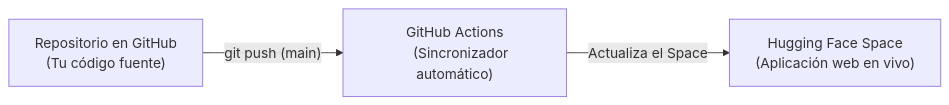
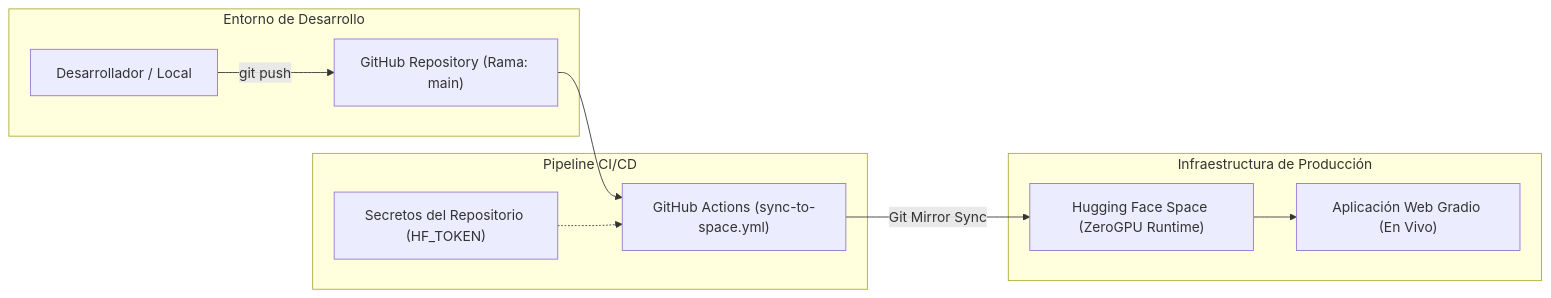
One commit to Klopezxd/transcriptor-suite changed the second of 2 diagrams in README.es.md. Above: the diagram before and after it, drawn with Mermaid. The commit also changed other lines of this file and 1 other file, not shown here.

Commit message:
docs: elevate architecture diagrams to layered enterprise system design

````diff
--- a/README.es.md
+++ b/README.es.md
@@ -134,7 +148,22 @@
 ```mermaid
 flowchart LR
-    A["Repositorio en GitHub
-    (Tu código fuente)"] -->|"git push (main)"| B["GitHub Actions
-    (Sincronizador automático)"] -->|"Actualiza el Space"| C["Hugging Face Space
-    (Aplicación web en vivo)"]
+    subgraph Development ["Entorno de Desarrollo"]
+        Dev["Desarrollador / Local"]
+        Repo["GitHub Repository (Rama: main)"]
+        Dev -->|"git push"| Repo
+    end
+
+    subgraph Automation ["Pipeline CI/CD"]
+        GHA["GitHub Actions (sync-to-space.yml)"]
+        Secrets["Secretos del Repositorio (HF_TOKEN)"]
+        Repo --> GHA
+        Secrets -.-> GHA
+    end
+
+    subgraph Production ["Infraestructura de Producción"]
+        Space["Hugging Face Space (ZeroGPU Runtime)"]
+        App["Aplicación Web Gradio (En Vivo)"]
+        GHA -->|"Git Mirror Sync"| Space
+        Space --> App
+    end
 ```
````
